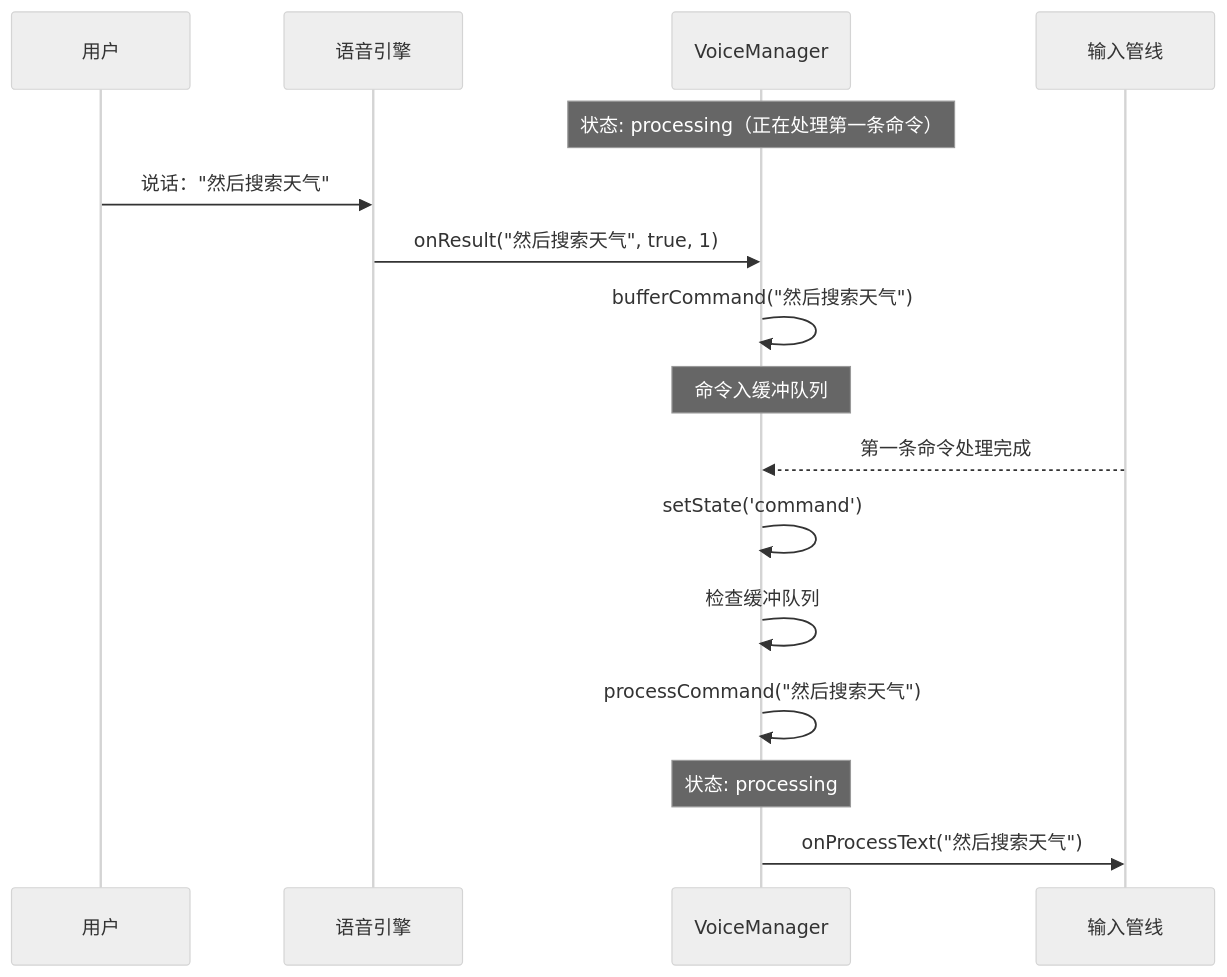
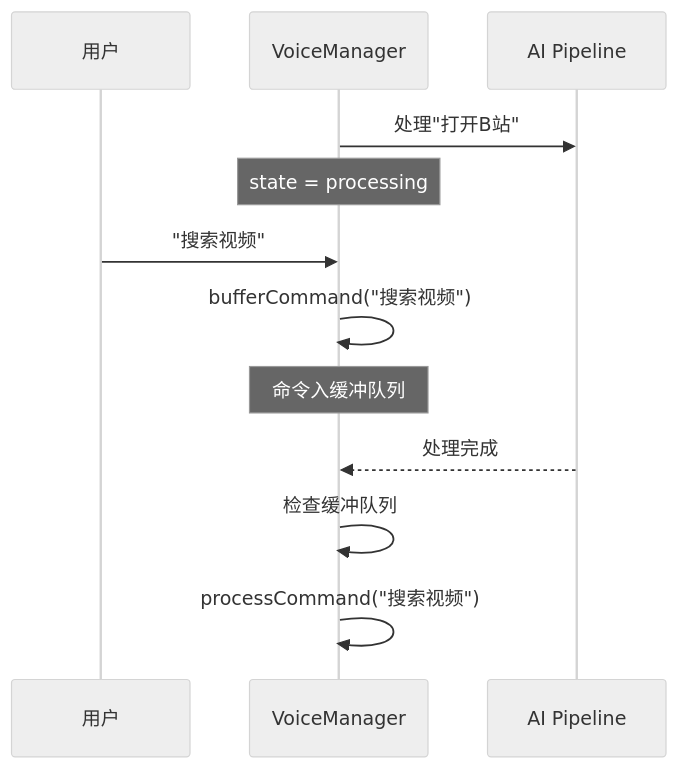
The fifth of 5 diagrams in docs/architecture/voice.md (zw123zw/ai-browser), drawn with Mermaid (neutral theme) before and after one commit. The commit also changed other lines of this file and 13 other files, not shown here.

````diff
--- a/docs/architecture/voice.md
+++ b/docs/architecture/voice.md
@@ -485,21 +441,17 @@
 ```mermaid
 sequenceDiagram
-    participant User as 用户
-    participant Engine as 语音引擎
+    participant U as 用户
     participant VM as VoiceManager
-    participant Pipeline as 输入管线
+    participant AI as AI Pipeline
 
-    Note over VM: 状态: processing（正在处理第一条命令）
+    VM->>AI: 处理"打开B站"
+    Note over VM: state = processing
 
-    User->>Engine: 说话："然后搜索天气"
-    Engine->>VM: onResult("然后搜索天气", true, 1)
-    VM->>VM: bufferCommand("然后搜索天气")
+    U->>VM: "搜索视频"
+    VM->>VM: bufferCommand("搜索视频")
     Note over VM: 命令入缓冲队列
 
-    Pipeline-->>VM: 第一条命令处理完成
-    VM->>VM: setState('command')
+    AI-->>VM: 处理完成
     VM->>VM: 检查缓冲队列
-    VM->>VM: processCommand("然后搜索天气")
-    Note over VM: 状态: processing
-    VM->>Pipeline: onProcessText("然后搜索天气")
+    VM->>VM: processCommand("搜索视频")
 ```
````
